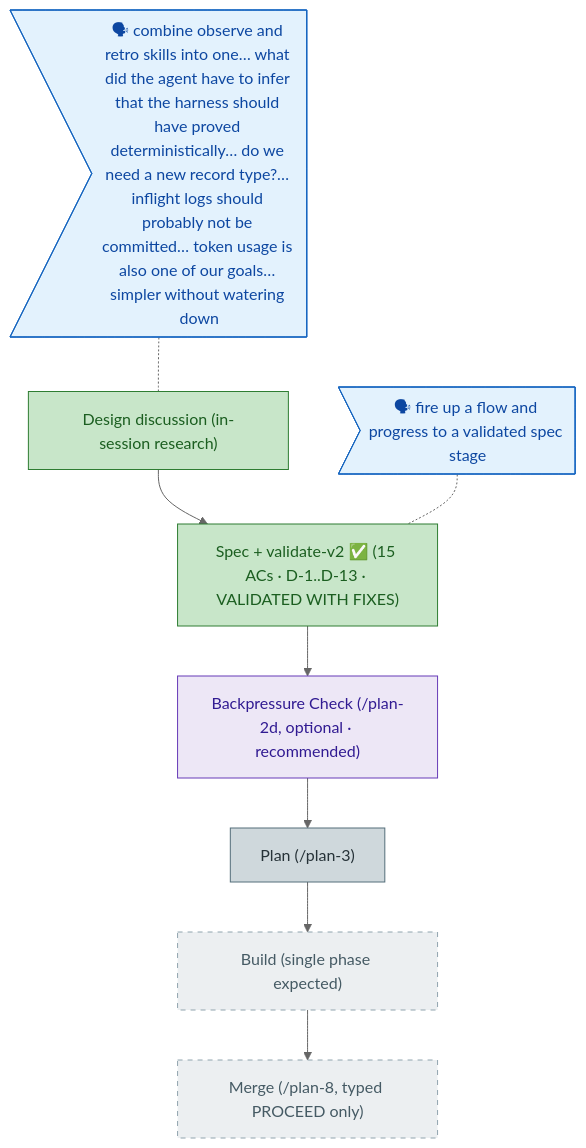
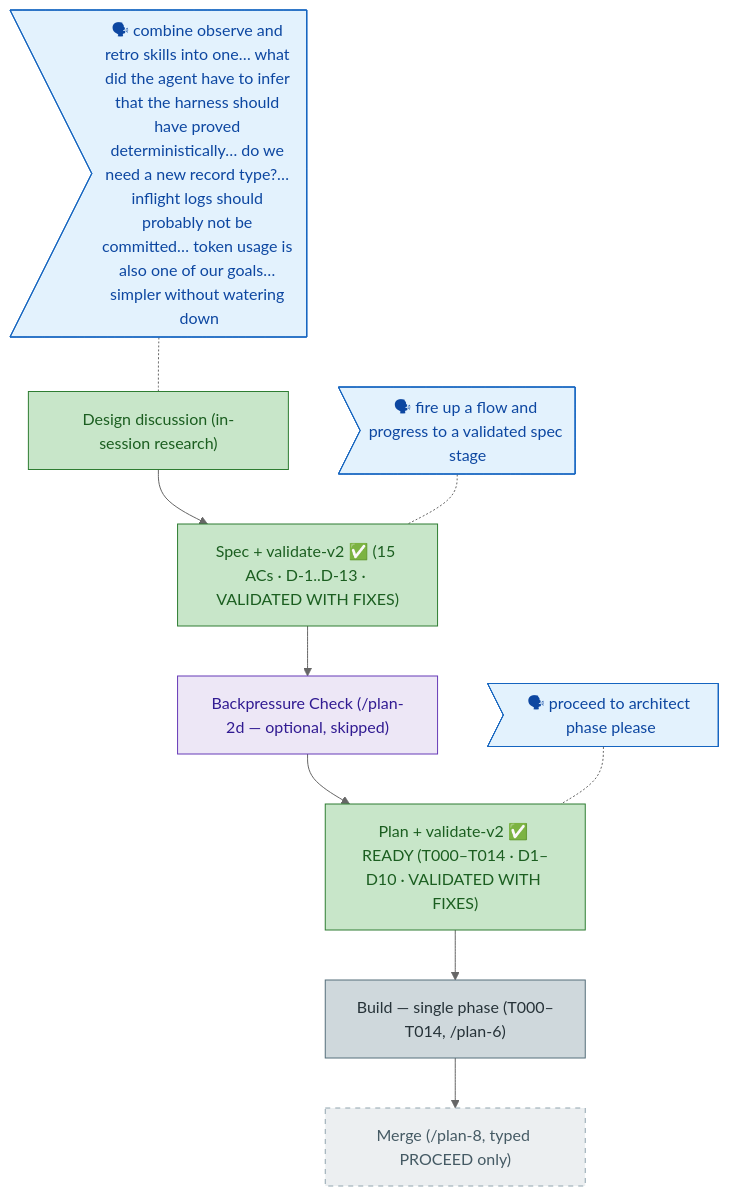
Before and after one commit to AI-Substrate/harness-engineering: the diagram in docs/plans/015-observe-retro-merge/the-flow.md, drawn with Mermaid (neutral theme). The commit also changed other lines of this file and 4 other files, not shown here.

First line of the commit message:
docs(015): /plan-3 architect — plan READY, validate-v2 VALIDATED WITH FIXES

````diff
--- a/docs/plans/015-observe-retro-merge/the-flow.md
+++ b/docs/plans/015-observe-retro-merge/the-flow.md
@@ -4,23 +4,25 @@
 ```mermaid
 flowchart TD
   classDef done fill:#C8E6C9,stroke:#2E7D32,color:#1B5E20;
   classDef wip fill:#FFE0B2,stroke:#EF6C00,color:#E65100;
   classDef known fill:#CFD8DC,stroke:#546E7A,color:#263238;
   classDef assumed fill:#ECEFF1,stroke:#90A4AE,color:#455A64,stroke-dasharray:5 5;
   classDef said fill:#E3F2FD,stroke:#1565C0,color:#0D47A1;
   classDef harness fill:#EDE7F6,stroke:#673AB7,color:#311B92;
 
   discussion["Design discussion (in-session research)"]:::done
   spec["Spec + validate-v2 ✅ (15 ACs · D-1..D-13 · VALIDATED WITH FIXES)"]:::done
-  backpressure["Backpressure Check (/plan-2d, optional · recommended)"]:::harness
-  plan["Plan (/plan-3)"]:::known
-  build["Build (single phase expected)"]:::assumed
+  backpressure["Backpressure Check (/plan-2d — optional, skipped)"]:::harness
+  plan["Plan + validate-v2 ✅ READY (T000–T014 · D1–D10 · VALIDATED WITH FIXES)"]:::done
+  build["Build — single phase (T000–T014, /plan-6)"]:::known
   merge["Merge (/plan-8, typed PROCEED only)"]:::assumed
 
   discussion --> spec --> backpressure --> plan --> build --> merge
 
   said_discussion>"🗣 combine observe and retro skills into one… what did the agent have to infer that the harness should have proved deterministically… do we need a new record type?… inflight logs should probably not be committed… token usage is also one of our goals… simpler without watering down"]:::said
   said_discussion -.- discussion
   said_spec>"🗣 fire up a flow and progress to a validated spec stage"]:::said
   said_spec -.- spec
+  said_plan>"🗣 proceed to architect phase please"]:::said
+  said_plan -.- plan
 ```
````
